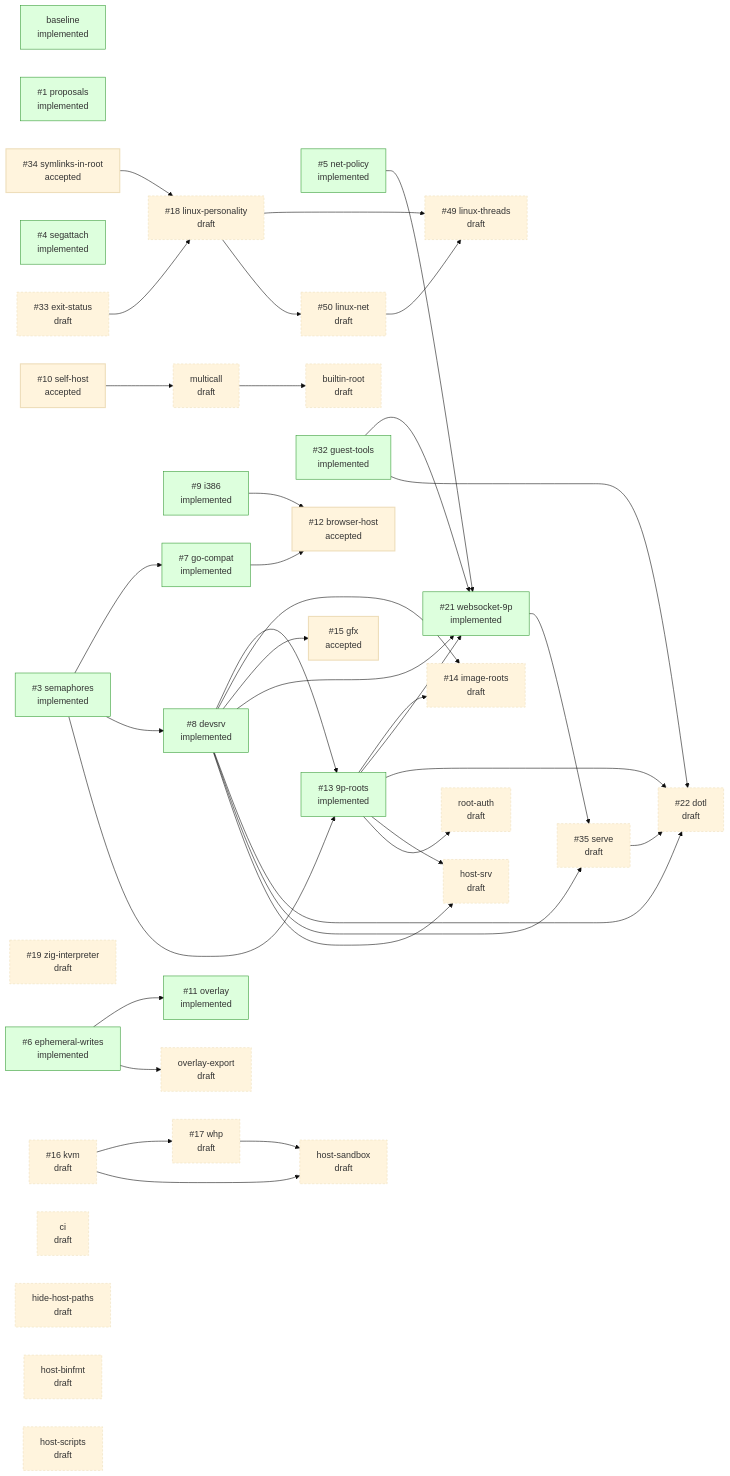
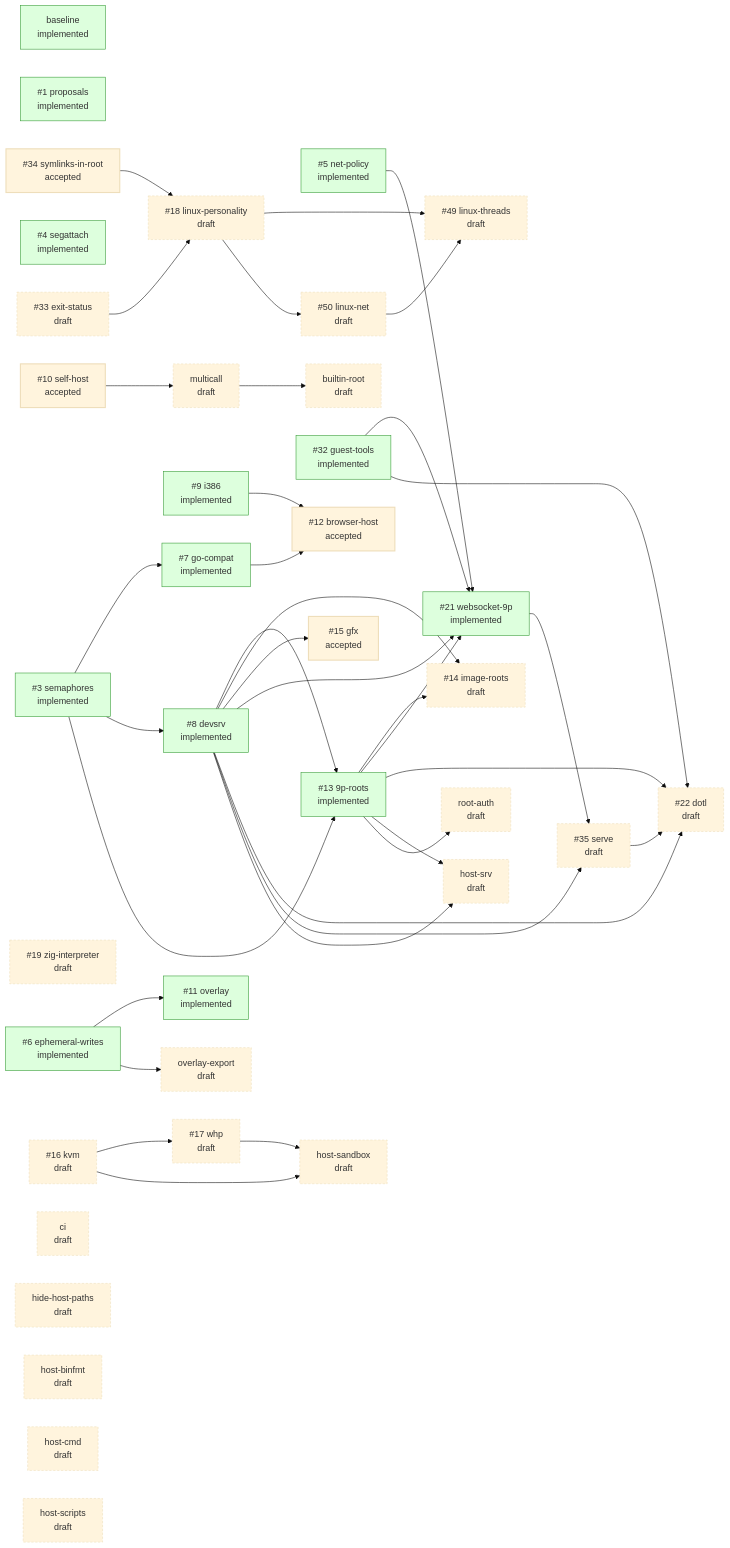
Before and after one commit to progrium/hyper9: the diagram in README.md, drawn with Mermaid (base theme). The commit also changed other lines of this file and 10 other files, not shown here.

First line of the commit message:
Build host commands only with -Dhost-cmd, and draft host-cmd

````diff
--- a/README.md
+++ b/README.md
@@ -55,78 +56,79 @@
 ```mermaid
 flowchart LR
   classDef draft stroke-dasharray: 4 3
   classDef accepted stroke-width: 2px
   classDef implemented fill:#dfd,stroke:#393
   classDef closed fill:#eee,stroke:#999,color:#777
   p_baseline["baseline<br/>implemented"]:::implemented
   p_proposals["#35;1 proposals<br/>implemented"]:::implemented
   p_semaphores["#35;3 semaphores<br/>implemented"]:::implemented
   p_segattach["#35;4 segattach<br/>implemented"]:::implemented
   p_net_policy["#35;5 net-policy<br/>implemented"]:::implemented
   p_ephemeral_writes["#35;6 ephemeral-writes<br/>implemented"]:::implemented
   p_go_compat["#35;7 go-compat<br/>implemented"]:::implemented
   p_devsrv["#35;8 devsrv<br/>implemented"]:::implemented
   p_i386["#35;9 i386<br/>implemented"]:::implemented
   p_self_host["#35;10 self-host<br/>accepted"]:::accepted
   p_overlay["#35;11 overlay<br/>implemented"]:::implemented
   p_browser_host["#35;12 browser-host<br/>accepted"]:::accepted
   p_9p_roots["#35;13 9p-roots<br/>implemented"]:::implemented
   p_image_roots["#35;14 image-roots<br/>draft"]:::draft
   p_gfx["#35;15 gfx<br/>accepted"]:::accepted
   p_kvm["#35;16 kvm<br/>draft"]:::draft
   p_whp["#35;17 whp<br/>draft"]:::draft
   p_linux_personality["#35;18 linux-personality<br/>draft"]:::draft
   p_zig_interpreter["#35;19 zig-interpreter<br/>draft"]:::draft
   p_websocket_9p["#35;21 websocket-9p<br/>implemented"]:::implemented
   p_dotl["#35;22 dotl<br/>draft"]:::draft
   p_guest_tools["#35;32 guest-tools<br/>implemented"]:::implemented
   p_exit_status["#35;33 exit-status<br/>draft"]:::draft
   p_symlinks_in_root["#35;34 symlinks-in-root<br/>accepted"]:::accepted
   p_serve["#35;35 serve<br/>draft"]:::draft
   p_linux_threads["#35;49 linux-threads<br/>draft"]:::draft
   p_linux_net["#35;50 linux-net<br/>draft"]:::draft
   p_builtin_root["builtin-root<br/>draft"]:::draft
   p_ci["ci<br/>draft"]:::draft
   p_hide_host_paths["hide-host-paths<br/>draft"]:::draft
   p_host_binfmt["host-binfmt<br/>draft"]:::draft
+  p_host_cmd["host-cmd<br/>draft"]:::draft
   p_host_sandbox["host-sandbox<br/>draft"]:::draft
   p_host_scripts["host-scripts<br/>draft"]:::draft
   p_host_srv["host-srv<br/>draft"]:::draft
   p_multicall["multicall<br/>draft"]:::draft
   p_overlay_export["overlay-export<br/>draft"]:::draft
   p_root_auth["root-auth<br/>draft"]:::draft
   p_semaphores --> p_go_compat
   p_semaphores --> p_devsrv
   p_ephemeral_writes --> p_overlay
   p_go_compat --> p_browser_host
   p_i386 --> p_browser_host
   p_semaphores --> p_9p_roots
   p_devsrv --> p_9p_roots
   p_devsrv --> p_image_roots
   p_9p_roots --> p_image_roots
   p_devsrv --> p_gfx
   p_kvm --> p_whp
   p_symlinks_in_root --> p_linux_personality
   p_exit_status --> p_linux_personality
   p_net_policy --> p_websocket_9p
   p_devsrv --> p_websocket_9p
   p_9p_roots --> p_websocket_9p
   p_guest_tools --> p_websocket_9p
   p_devsrv --> p_dotl
   p_9p_roots --> p_dotl
   p_serve --> p_dotl
   p_guest_tools --> p_dotl
   p_devsrv --> p_serve
   p_websocket_9p --> p_serve
   p_linux_personality --> p_linux_threads
   p_linux_net --> p_linux_threads
   p_linux_personality --> p_linux_net
   p_multicall --> p_builtin_root
   p_kvm --> p_host_sandbox
   p_whp --> p_host_sandbox
   p_devsrv --> p_host_srv
   p_9p_roots --> p_host_srv
   p_self_host --> p_multicall
   p_ephemeral_writes --> p_overlay_export
   p_9p_roots --> p_root_auth
 ```
````
